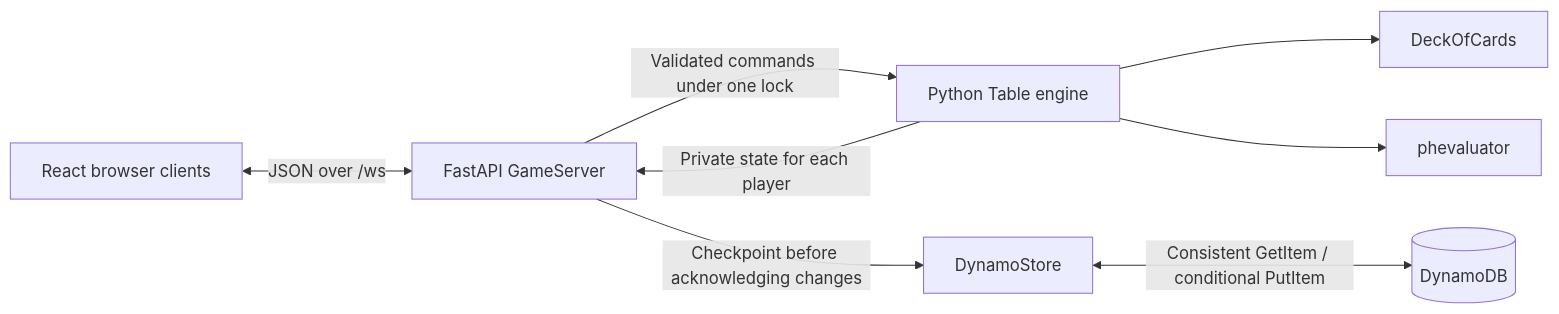
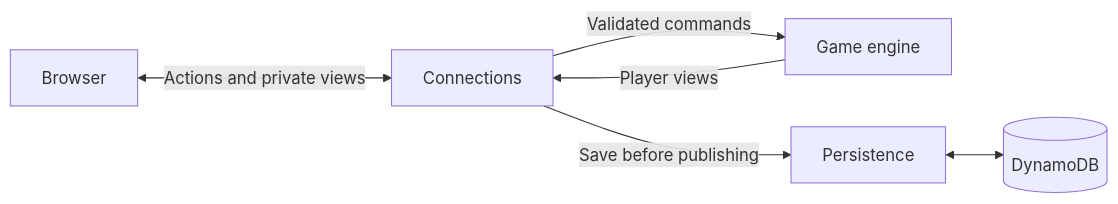
The diagram in docs/architecture.md (lawang24/headwins_poker), drawn with Mermaid before and after one commit. The commit also changed other lines of this file and 6 other files, not shown here.

Commit message:
docs: split architecture guide into focused module pages

````diff
--- a/docs/architecture.md
+++ b/docs/architecture.md
@@ -10,10 +9,8 @@
 ```mermaid
 flowchart LR
-    Browser[React browser clients] <-->|JSON over /ws| API[FastAPI GameServer]
-    API -->|Validated commands under one lock| Engine[Python Table engine]
-    Engine -->|Private state for each player| API
-    Engine --> Deck[DeckOfCards]
-    Engine --> Evaluator[phevaluator]
-    API -->|Checkpoint before acknowledging changes| Store[DynamoStore]
-    Store <-->|Consistent GetItem / conditional PutItem| DB[(DynamoDB)]
+    Browser[Browser] <-->|Actions and private views| Connections[Connections]
+    Connections -->|Validated commands| Game[Game engine]
+    Game -->|Player views| Connections
+    Connections -->|Save before publishing| Persistence[Persistence]
+    Persistence <--> Store[(DynamoDB)]
 ```
````
